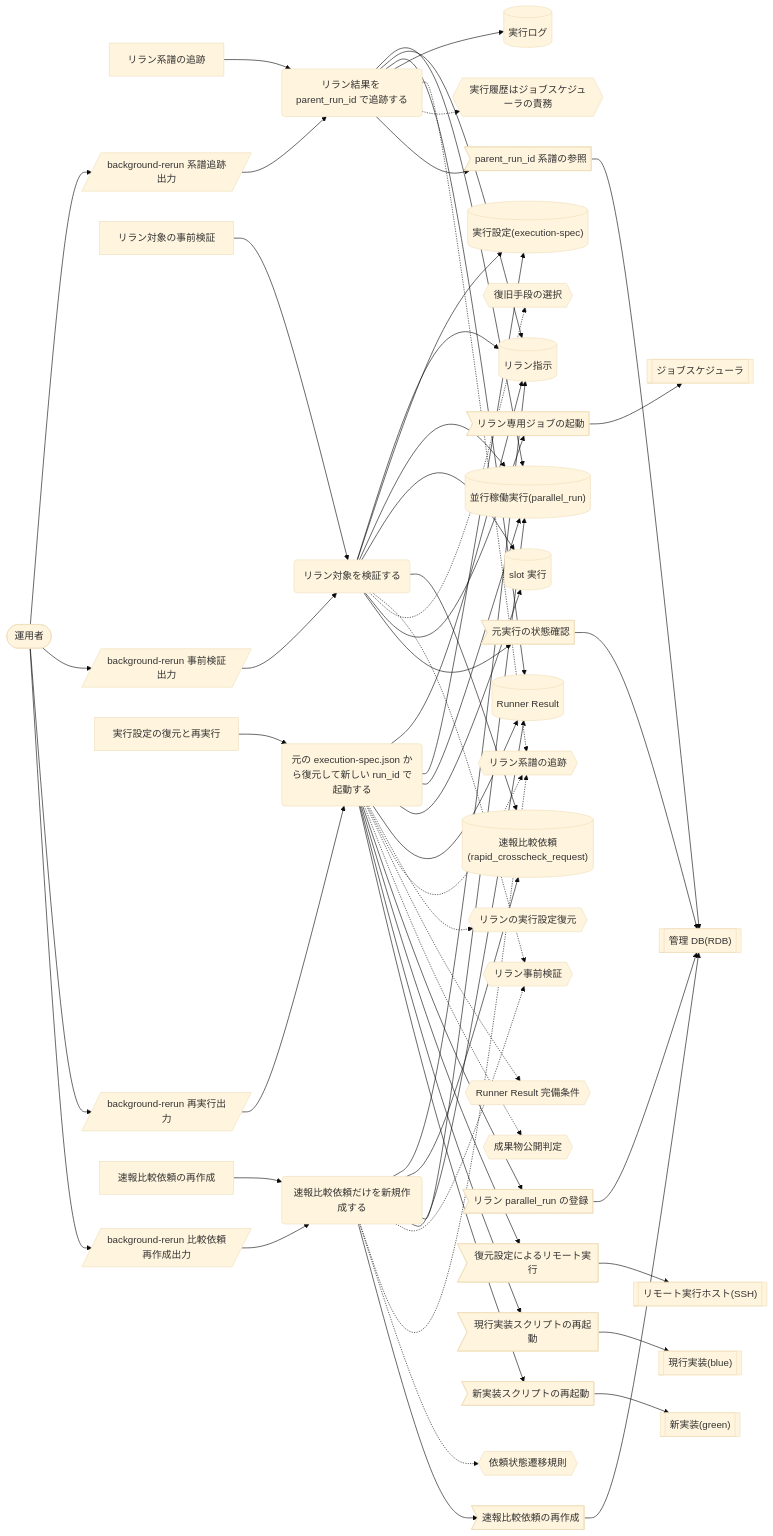
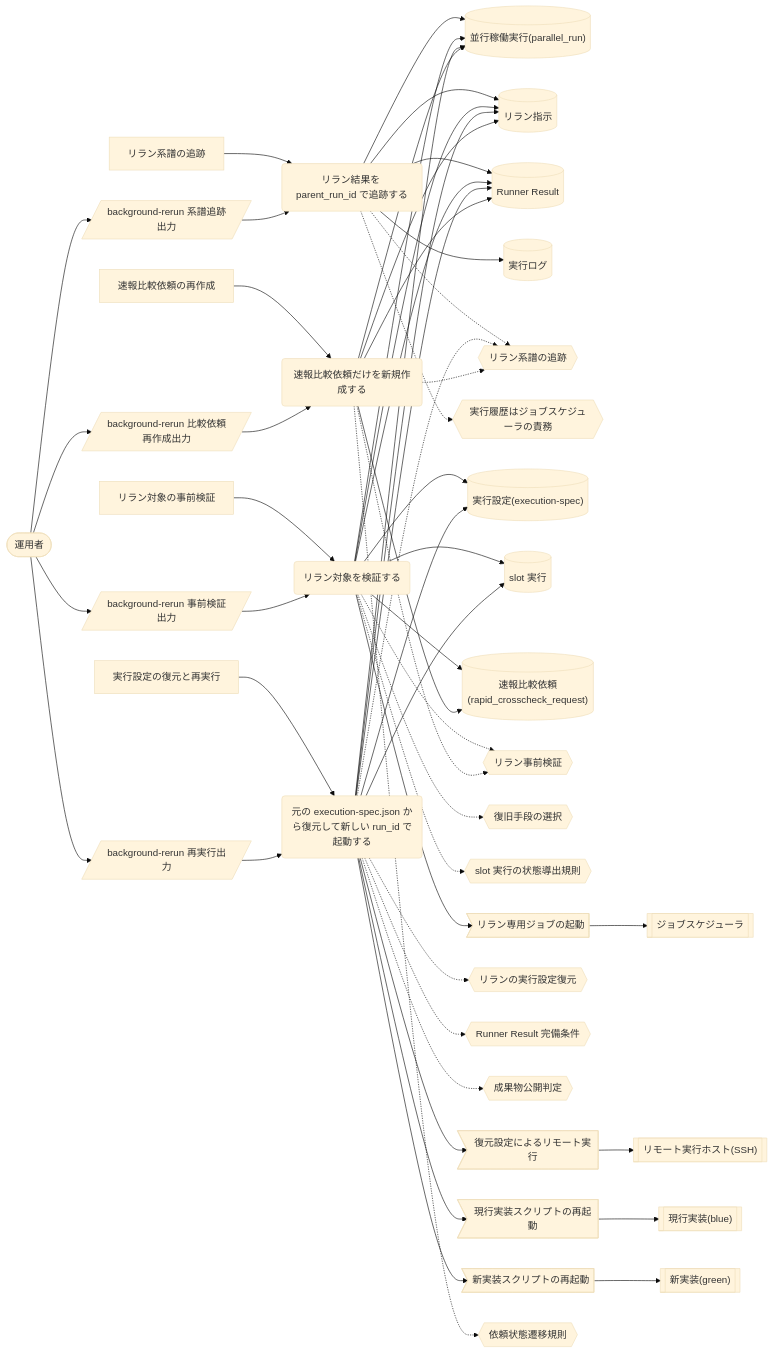
The sixth of 7 diagrams in docs/rdra/latest/views/04_UC複合図.md (suwa-sh/relay-gate), drawn with Mermaid (base theme) before and after one commit. The commit also changed other lines of this file and 849 other files, not shown here.

````diff
--- a/docs/rdra/latest/views/04_UC複合図.md
+++ b/docs/rdra/latest/views/04_UC複合図.md
@@ -626,8 +609,6 @@
   CD2{{"実行履歴はジョブスケジューラの責務"}}
   SC1[/"background-rerun 系譜追跡出力"/]
   AC1(["運用者"])
-  EV1>"parent_run_id 系譜の参照"]
-  EX1[["管理 DB(RDB)"]]
   UC2("リラン対象を検証する")
   AT2["リラン対象の事前検証"]
   IF5[("実行設定(execution-spec)")]
@@ -635,28 +616,26 @@
   IF7[("速報比較依頼(rapid_crosscheck_request)")]
   CD3{{"リラン事前検証"}}
   CD4{{"復旧手段の選択"}}
+  CD5{{"slot 実行の状態導出規則"}}
   SC2[/"background-rerun 事前検証出力"/]
-  EV2>"リラン専用ジョブの起動"]
-  EX2[["ジョブスケジューラ"]]
-  EV3>"元実行の状態確認"]
+  EV1>"リラン専用ジョブの起動"]
+  EX1[["ジョブスケジューラ"]]
   UC3("元の execution-spec.json から復元して新しい run_id で起動する")
   AT3["実行設定の復元と再実行"]
-  CD5{{"リランの実行設定復元"}}
-  CD6{{"Runner Result 完備条件"}}
-  CD7{{"成果物公開判定"}}
+  CD6{{"リランの実行設定復元"}}
+  CD7{{"Runner Result 完備条件"}}
+  CD8{{"成果物公開判定"}}
   SC3[/"background-rerun 再実行出力"/]
-  EV4>"リラン parallel_run の登録"]
-  EV5>"復元設定によるリモート実行"]
-  EX3[["リモート実行ホスト(SSH)"]]
-  EV6>"現行実装スクリプトの再起動"]
-  EX4[["現行実装(blue)"]]
-  EV7>"新実装スクリプトの再起動"]
-  EX5[["新実装(green)"]]
+  EV2>"復元設定によるリモート実行"]
+  EX2[["リモート実行ホスト(SSH)"]]
+  EV3>"現行実装スクリプトの再起動"]
+  EX3[["現行実装(blue)"]]
+  EV4>"新実装スクリプトの再起動"]
+  EX4[["新実装(green)"]]
   UC4("速報比較依頼だけを新規作成する")
   AT4["速報比較依頼の再作成"]
-  CD8{{"依頼状態遷移規則"}}
+  CD9{{"依頼状態遷移規則"}}
   SC4[/"background-rerun 比較依頼再作成出力"/]
-  EV8>"速報比較依頼の再作成"]
   AT1 --> UC1
   UC1 --> IF1
   UC1 --> IF2
@@ -666,42 +645,38 @@
   UC1 -.-> CD2
   AC1 --> SC1
   SC1 --> UC1
-  UC1 --> EV1
-  EV1 --> EX1
   AT2 --> UC2
   UC2 --> IF2
   UC2 --> IF5
   UC2 --> IF1
   UC2 --> IF6
   UC2 --> IF7
+  UC2 --> IF3
   UC2 -.-> CD3
   UC2 -.-> CD4
+  UC2 -.-> CD5
   AC1 --> SC2
   SC2 --> UC2
-  UC2 --> EV2
-  EV2 --> EX2
-  UC2 --> EV3
-  EV3 --> EX1
+  UC2 --> EV1
+  EV1 --> EX1
   AT3 --> UC3
   UC3 --> IF2
   UC3 --> IF5
   UC3 --> IF1
   UC3 --> IF6
   UC3 --> IF3
-  UC3 -.-> CD5
+  UC3 -.-> CD6
   UC3 -.-> CD1
-  UC3 -.-> CD6
   UC3 -.-> CD7
+  UC3 -.-> CD8
   AC1 --> SC3
   SC3 --> UC3
+  UC3 --> EV2
+  EV2 --> EX2
+  UC3 --> EV3
+  EV3 --> EX3
   UC3 --> EV4
-  EV4 --> EX1
-  UC3 --> EV5
-  EV5 --> EX3
-  UC3 --> EV6
-  EV6 --> EX4
-  UC3 --> EV7
-  EV7 --> EX5
+  EV4 --> EX4
   AT4 --> UC4
   UC4 --> IF2
   UC4 --> IF7
@@ -709,9 +684,7 @@
   UC4 --> IF3
   UC4 -.-> CD3
   UC4 -.-> CD1
-  UC4 -.-> CD8
+  UC4 -.-> CD9
   AC1 --> SC4
   SC4 --> UC4
-  UC4 --> EV8
-  EV8 --> EX1
 ```
````
